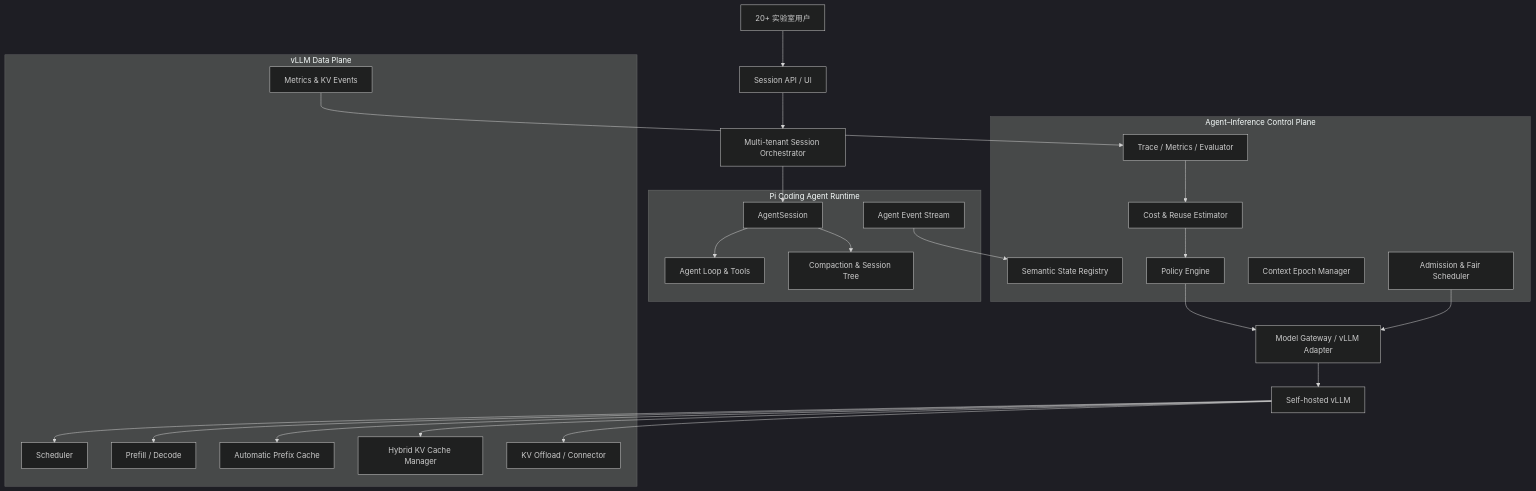
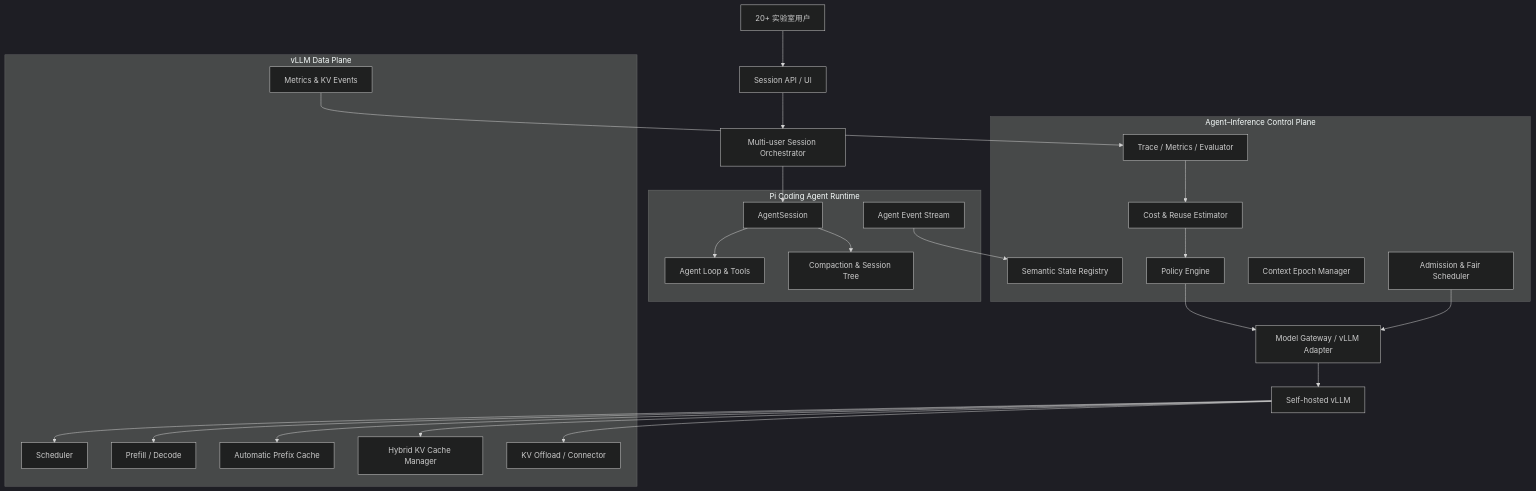
The second of 4 diagrams in docs/archive/harness-implementation-plan.zh-CN.md (lilyeggy/VRAM-Aware-Harness), drawn with Mermaid (dark theme) before and after one commit. The commit also changed other lines of this file and 218 other files, not shown here.

First line of the commit message:
refactor(scope): 隔离域从 tenant 收敛到 user，并新增迁移 v5

````diff
--- a/docs/archive/harness-implementation-plan.zh-CN.md
+++ b/docs/archive/harness-implementation-plan.zh-CN.md
@@ -226,48 +226,48 @@
 ```mermaid
 flowchart TB
     U["20+ 实验室用户"] --> API["Session API / UI"]
-    API --> SM["Multi-tenant Session Orchestrator"]
+    API --> SM["Multi-user Session Orchestrator"]
 
     subgraph PI["Pi Coding Agent Runtime"]
         AS["AgentSession"]
         AL["Agent Loop & Tools"]
         CP["Compaction & Session Tree"]
         PE["Agent Event Stream"]
     end
 
     SM --> AS
     AS --> AL
     AS --> CP
     PE --> SEM["Semantic State Registry"]
 
     subgraph CONTROL["Agent–Inference Control Plane"]
         SEM
         ADM["Admission & Fair Scheduler"]
         CTX["Context Epoch Manager"]
         COST["Cost & Reuse Estimator"]
         POL["Policy Engine"]
         OBS["Trace / Metrics / Evaluator"]
     end
 
     POL --> GW["Model Gateway / vLLM Adapter"]
     GW --> V["Self-hosted vLLM"]
 
     subgraph ENGINE["vLLM Data Plane"]
         SCH["Scheduler"]
         PRE["Prefill / Decode"]
         APC["Automatic Prefix Cache"]
         KV["Hybrid KV Cache Manager"]
         OFF["KV Offload / Connector"]
         E["Metrics & KV Events"]
     end
 
     V --> SCH
     V --> PRE
     V --> APC
     V --> KV
     V --> OFF
     E --> OBS
     OBS --> COST
     COST --> POL
     ADM --> GW
 ```
````
